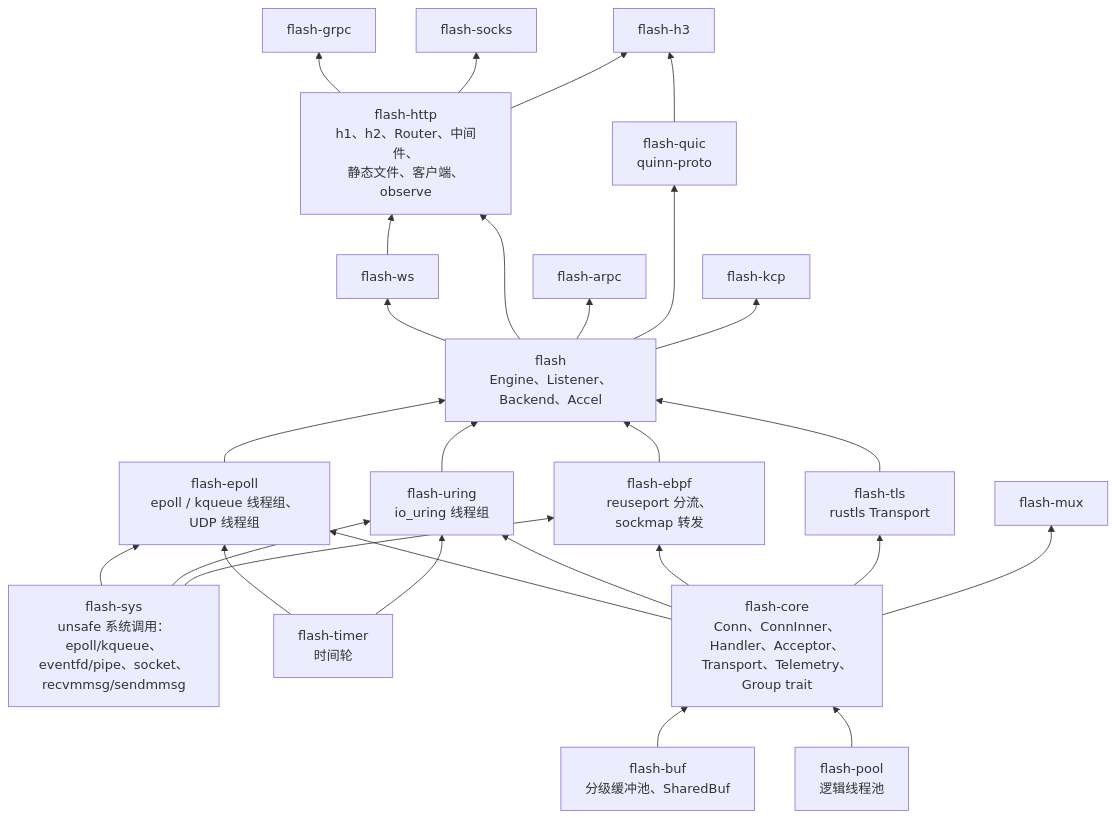
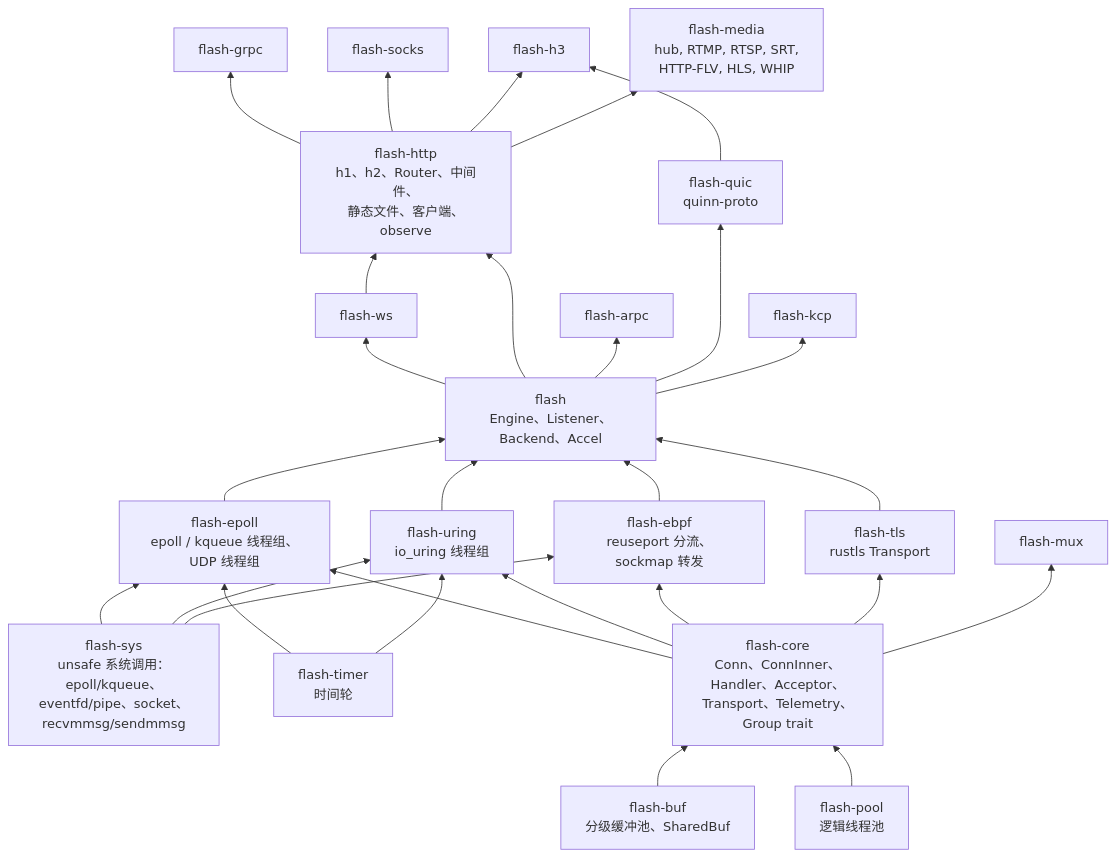
One commit to lesismal/akio changed the first of 6 diagrams in docs/architecture.zh-CN.md. Above: the diagram before and after it, drawn with Mermaid. The commit also changed 26 other files, not shown here.

Commit message:
docs(media): book chapter, crate README, guide example, changelog; bless flash-media and WsSender::queued_bytes API

````diff
--- a/docs/architecture.zh-CN.md
+++ b/docs/architecture.zh-CN.md
@@ -12,49 +12,51 @@
 ```mermaid
 flowchart BT
     sys["flash-sys<br/>unsafe 系统调用：epoll/kqueue、<br/>eventfd/pipe、socket、recvmmsg/sendmmsg"]
     buf["flash-buf<br/>分级缓冲池、SharedBuf"]
     timer["flash-timer<br/>时间轮"]
     pool["flash-pool<br/>逻辑线程池"]
     core["flash-core<br/>Conn、ConnInner、Handler、Acceptor、<br/>Transport、Telemetry、Group trait"]
     epoll["flash-epoll<br/>epoll / kqueue 线程组、UDP 线程组"]
     uring["flash-uring<br/>io_uring 线程组"]
     ebpf["flash-ebpf<br/>reuseport 分流、sockmap 转发"]
     tls["flash-tls<br/>rustls Transport"]
     facade["flash<br/>Engine、Listener、Backend、Accel"]
     http["flash-http<br/>h1、h2、Router、中间件、<br/>静态文件、客户端、observe"]
     ws[flash-ws]
     grpc[flash-grpc]
     arpc[flash-arpc]
     socks[flash-socks]
     mux[flash-mux]
     quic["flash-quic<br/>quinn-proto"]
     h3[flash-h3]
     kcp[flash-kcp]
+    media["flash-media<br/>hub, RTMP, RTSP, SRT,<br/>HTTP-FLV, HLS, WHIP"]
 
     buf --> core
     pool --> core
     core --> epoll
     sys --> epoll
     timer --> epoll
     core --> uring
     sys --> uring
     timer --> uring
     core --> ebpf
     sys --> ebpf
     core --> tls
     epoll --> facade
     uring --> facade
     ebpf --> facade
     tls --> facade
     facade --> ws
     facade --> http
     ws --> http
     http --> grpc
     facade --> arpc
     http --> socks
     core --> mux
     facade --> quic
     quic --> h3
     http --> h3
     facade --> kcp
+    http --> media
 ```
````
